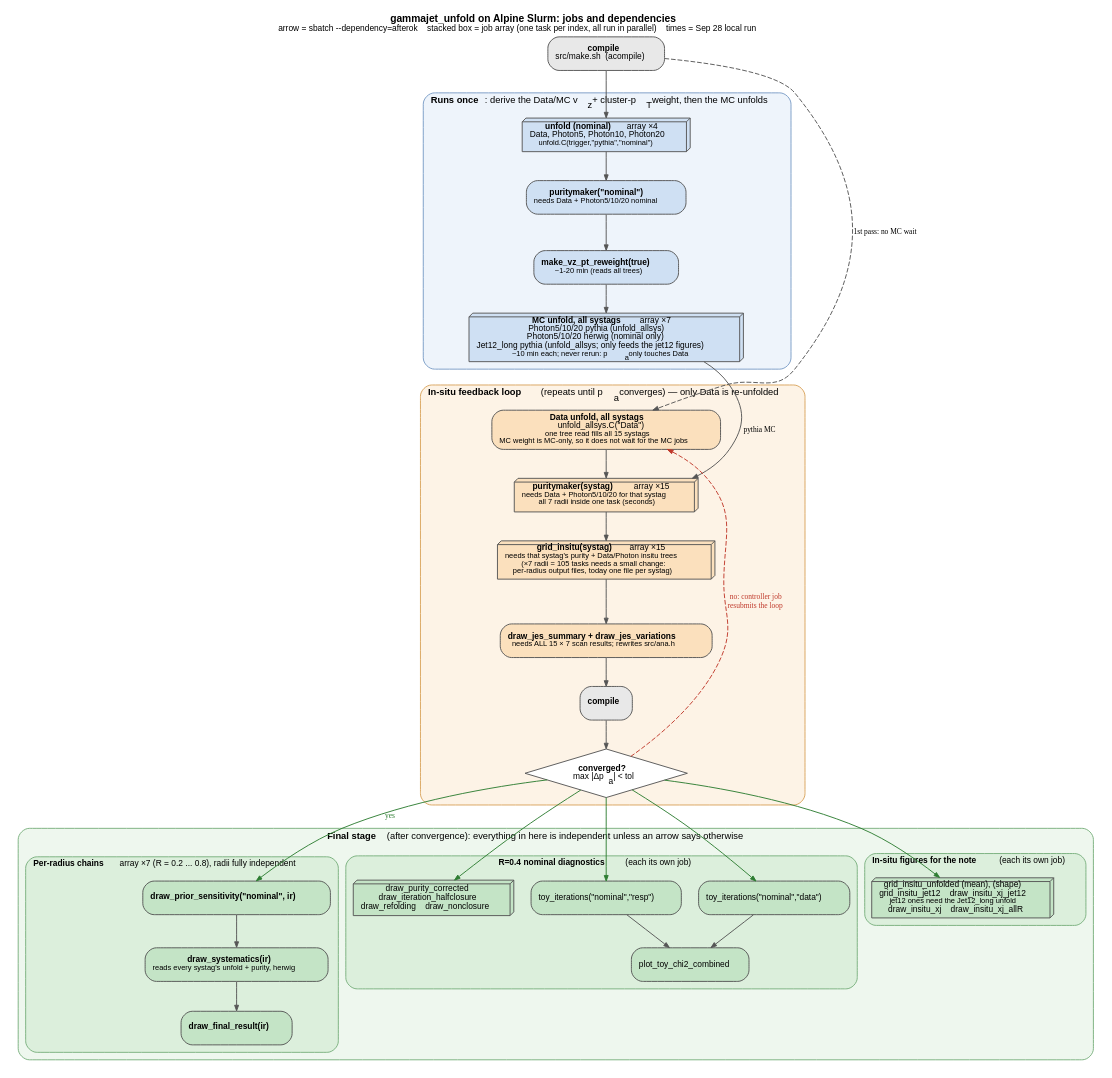
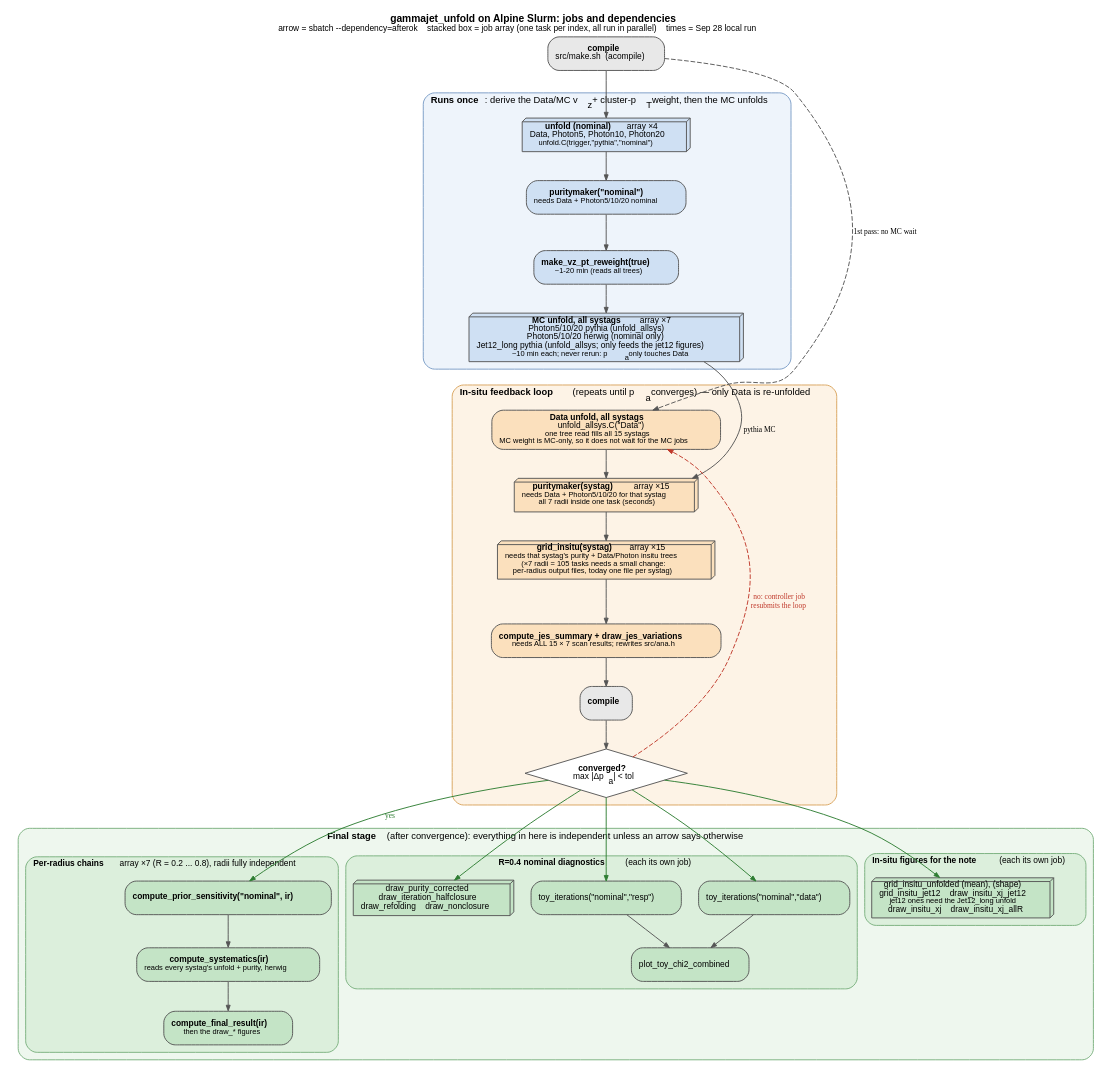
The diagram in slurm/job_flow.dot (samfred72/gammajet_unfold), drawn with Graphviz before and after one commit. The commit also changed 49 other files, not shown here.

```diff
--- a/slurm/job_flow.dot
+++ b/slurm/job_flow.dot
@@ -1,84 +1,84 @@
 // Slurm job structure for the gammajet_unfold pipeline (option 2).
 // Render: dot -Tpdf job_flow.dot -o job_flow.pdf
 digraph jobflow {
   graph [rankdir=TB, fontname="Helvetica", fontsize=11, nodesep=0.25, ranksep=0.42,
          labelloc=t, label=<<B>gammajet_unfold on Alpine Slurm: jobs and dependencies</B><BR/><FONT POINT-SIZE="9">arrow = sbatch --dependency=afterok &nbsp;&nbsp; stacked box = job array (one task per index, all run in parallel) &nbsp;&nbsp; times = Sep 28 local run</FONT>>];
   node  [fontname="Helvetica", fontsize=9, shape=box, style="rounded,filled", fillcolor="#ffffff", color="#555555"];
   edge  [color="#555555", arrowsize=0.6];
 
   // ---------- setup ----------
   compile0 [label=<<B>compile</B><BR/>src/make.sh &nbsp;(acompile)>, fillcolor="#e8e8e8"];
 
   // ---------- once: build the MC weight ----------
   subgraph cluster_once {
     label=<<B>Runs once</B>: derive the Data/MC v<SUB>z</SUB> + cluster-p<SUB>T</SUB> weight, then the MC unfolds>;
     style="rounded,filled"; fillcolor="#eef4fb"; color="#7a9cc6"; fontsize=10;
 
     unf0 [shape=box3d, style=filled, fillcolor="#cfe0f3",
           label=<<B>unfold (nominal)</B> &nbsp;array ×4<BR/>Data, Photon5, Photon10, Photon20<BR/><FONT POINT-SIZE="8">unfold.C(trigger,"pythia","nominal")</FONT>>];
     pur0 [label=<<B>puritymaker("nominal")</B><BR/><FONT POINT-SIZE="8">needs Data + Photon5/10/20 nominal</FONT>>, fillcolor="#cfe0f3"];
     rew  [label=<<B>make_vz_pt_reweight(true)</B><BR/><FONT POINT-SIZE="8">~1-20 min (reads all trees)</FONT>>, fillcolor="#cfe0f3"];
     unfmc [shape=box3d, style=filled, fillcolor="#cfe0f3",
            label=<<B>MC unfold, all systags</B> &nbsp;array ×7<BR/>Photon5/10/20 pythia (unfold_allsys)<BR/>Photon5/10/20 herwig (nominal only)<BR/>Jet12_long pythia (unfold_allsys; only feeds the jet12 figures)<BR/><FONT POINT-SIZE="8">~10 min each; never rerun: p<SUB>a</SUB> only touches Data</FONT>>];
     unf0 -> pur0 -> rew -> unfmc;
   }
   compile0 -> unf0;
 
   // ---------- the in-situ feedback loop ----------
   subgraph cluster_loop {
     label=<<B>In-situ feedback loop</B> (repeats until p<SUB>a</SUB> converges) &mdash; only Data is re-unfolded>;
     style="rounded,filled"; fillcolor="#fdf3e6"; color="#d9a35b"; fontsize=10;
 
     unfdata [label=<<B>Data unfold, all systags</B><BR/>unfold_allsys.C("Data")<BR/><FONT POINT-SIZE="8">one tree read fills all 15 systags<BR/>MC weight is MC-only, so it does not wait for the MC jobs</FONT>>, fillcolor="#fbe0bd"];
     pur [shape=box3d, style=filled, fillcolor="#fbe0bd",
          label=<<B>puritymaker(systag)</B> &nbsp;array ×15<BR/><FONT POINT-SIZE="8">needs Data + Photon5/10/20 for that systag<BR/>all 7 radii inside one task (seconds)</FONT>>];
     grid [shape=box3d, style=filled, fillcolor="#fbe0bd",
           label=<<B>grid_insitu(systag)</B> &nbsp;array ×15<BR/><FONT POINT-SIZE="8">needs that systag's purity + Data/Photon insitu trees<BR/>(×7 radii = 105 tasks needs a small change:<BR/>per-radius output files, today one file per systag)</FONT>>];
-    jes [label=<<B>draw_jes_summary + draw_jes_variations</B><BR/><FONT POINT-SIZE="8">needs ALL 15 × 7 scan results; rewrites src/ana.h</FONT>>, fillcolor="#fbe0bd"];
+    jes [label=<<B>compute_jes_summary + draw_jes_variations</B><BR/><FONT POINT-SIZE="8">needs ALL 15 × 7 scan results; rewrites src/ana.h</FONT>>, fillcolor="#fbe0bd"];
     recomp [label=<<B>compile</B>>, fillcolor="#e8e8e8"];
     conv [shape=diamond, style=filled, fillcolor="#ffffff", label=<<B>converged?</B><BR/>max |&Delta;p<SUB>a</SUB>| &lt; tol>];
     unfdata -> pur -> grid -> jes -> recomp -> conv;
   }
   unfmc -> unfdata [style=invis];
   unfmc -> pur [label=<  pythia MC  >, fontsize=8, constraint=false];
   compile0 -> unfdata [style=dashed, constraint=false, label=<  1st pass: no MC wait  >, fontsize=8];
   conv -> unfdata [label=<  no: controller job<BR/>  resubmits the loop>, fontsize=8, color="#c0392b", fontcolor="#c0392b", style=dashed, constraint=false];
 
   // ---------- final stage: everything independent fans out ----------
   subgraph cluster_final {
     label=<<B>Final stage</B> (after convergence): everything in here is independent unless an arrow says otherwise>;
     style="rounded,filled"; fillcolor="#eef7ee"; color="#79b07d"; fontsize=10;
 
     subgraph cluster_radius {
       label=<<B>Per-radius chains</B> &nbsp;array ×7 (R = 0.2 ... 0.8), radii fully independent>;
       style="rounded,filled"; fillcolor="#dcefdc"; color="#79b07d"; fontsize=9;
-      prior [label=<<B>draw_prior_sensitivity("nominal", ir)</B>>, fillcolor="#c4e4c6"];
-      syst  [label=<<B>draw_systematics(ir)</B><BR/><FONT POINT-SIZE="8">reads every systag's unfold + purity, herwig</FONT>>, fillcolor="#c4e4c6"];
-      final [label=<<B>draw_final_result(ir)</B>>, fillcolor="#c4e4c6"];
+      prior [label=<<B>compute_prior_sensitivity("nominal", ir)</B>>, fillcolor="#c4e4c6"];
+      syst  [label=<<B>compute_systematics(ir)</B><BR/><FONT POINT-SIZE="8">reads every systag's unfold + purity, herwig</FONT>>, fillcolor="#c4e4c6"];
+      final [label=<<B>compute_final_result(ir)</B><BR/><FONT POINT-SIZE="8">then the draw_* figures</FONT>>, fillcolor="#c4e4c6"];
       prior -> syst -> final;
     }
 
     subgraph cluster_diag {
       label=<<B>R=0.4 nominal diagnostics</B> (each its own job)>;
       style="rounded,filled"; fillcolor="#dcefdc"; color="#79b07d"; fontsize=9;
       diag [shape=box3d, style=filled, fillcolor="#c4e4c6",
             label=<draw_purity_corrected<BR/>draw_iteration_halfclosure<BR/>draw_refolding &nbsp;&nbsp; draw_nonclosure>];
       toyr [label=<toy_iterations("nominal","resp")>, fillcolor="#c4e4c6"];
       toyd [label=<toy_iterations("nominal","data")>, fillcolor="#c4e4c6"];
       toyc [label=<plot_toy_chi2_combined>, fillcolor="#c4e4c6"];
       toyr -> toyc; toyd -> toyc;
     }
 
     subgraph cluster_insitu {
       label=<<B>In-situ figures for the note</B> (each its own job)>;
       style="rounded,filled"; fillcolor="#dcefdc"; color="#79b07d"; fontsize=9;
       insplots [shape=box3d, style=filled, fillcolor="#c4e4c6",
                 label=<grid_insitu_unfolded (mean), (shape)<BR/>grid_insitu_jet12 &nbsp;&nbsp; draw_insitu_xj_jet12<BR/><FONT POINT-SIZE="8">jet12 ones need the Jet12_long unfold</FONT><BR/>draw_insitu_xj &nbsp;&nbsp; draw_insitu_xj_allR>];
     }
   }
   conv -> prior [label=<  yes>, fontsize=8, color="#2e7d32", fontcolor="#2e7d32"];
   conv -> diag  [color="#2e7d32"];
   conv -> toyr  [color="#2e7d32"];
   conv -> toyd  [color="#2e7d32"];
   conv -> insplots [color="#2e7d32"];
 }
```
